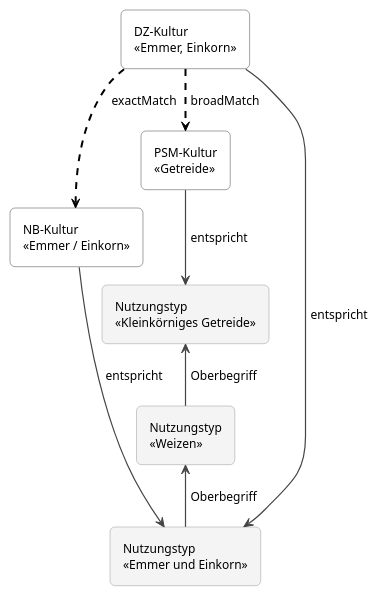
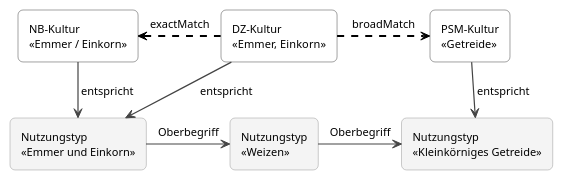
Before and after one commit to blw-ofag-ufag/eCH-0265: the diagram in docs/de/assets/puml/mapping_derivation.puml, drawn with PlantUML. The commit also changed 1 other file, not shown here.

```diff
--- a/docs/de/assets/puml/mapping_derivation.puml
+++ b/docs/de/assets/puml/mapping_derivation.puml
@@ -3,29 +3,31 @@
 @startuml
 !pragma layout smetana
 skinparam shadowing false
 skinparam roundCorner 10
-skinparam defaultFontSize 12
-skinparam Padding 3
+skinparam defaultFontSize 11
+skinparam Padding 1
 skinparam ArrowColor #444444
 skinparam ArrowThickness 1.2
 skinparam rectangleBorderColor #444444
 skinparam rectangleBackgroundColor #FFFFFF
 skinparam rectangleBorderColor<<nt>> #999999
 skinparam rectangleBackgroundColor<<nt>> #F4F4F4
 hide stereotype
 
+' Obere Reihe: die drei Kulturen (DZ in der Mitte, damit beide abgeleiteten Beziehungen waagrecht verlaufen).
+' Untere Reihe: die Nutzungstypen der Referenztaxonomie, Oberbegriffe von links nach rechts.
+rectangle "NB-Kultur\n«Emmer / Einkorn»" as nb
 rectangle "DZ-Kultur\n«Emmer, Einkorn»" as dz
-rectangle "NB-Kultur\n«Emmer / Einkorn»" as nb
 rectangle "PSM-Kultur\n«Getreide»" as psm
 rectangle "Nutzungstyp\n«Emmer und Einkorn»" <<nt>> as nt1
 rectangle "Nutzungstyp\n«Weizen»" <<nt>> as nt2
 rectangle "Nutzungstyp\n«Kleinkörniges Getreide»" <<nt>> as nt3
 
-dz -[#000000,dashed,thickness=2]-> nb : exactMatch
-dz -[#000000,dashed,thickness=2]-> psm : broadMatch
-nt1 -up-> nt2 : Oberbegriff
-nt2 -up-> nt3 : Oberbegriff
-dz --> nt1 : entspricht
-nb --> nt1 : entspricht
-psm --> nt3 : entspricht
+dz -[#000000,dashed,thickness=2]left-> nb : exactMatch
+dz -[#000000,dashed,thickness=2]right-> psm : broadMatch
+nt1 -right-> nt2 : Oberbegriff
+nt2 -right-> nt3 : Oberbegriff
+nb -down-> nt1 : entspricht
+dz -down-> nt1 : entspricht
+psm -down-> nt3 : entspricht
 @enduml
```
